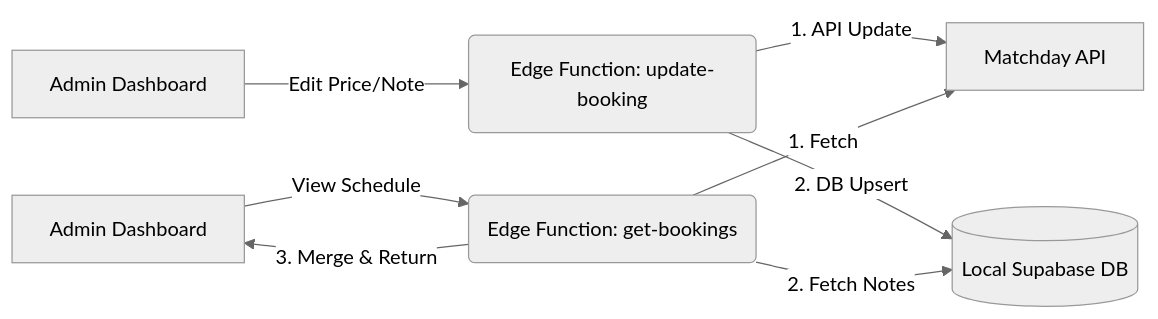
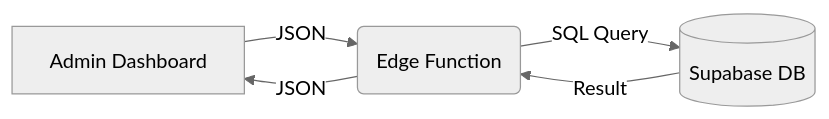
The diagram in ARCHITECTURE.md (tmango-lab/linebotbooking), drawn with Mermaid (neutral theme) before and after one commit. The commit also changed other lines of this file and 49 other files, not shown here.

Commit message:
feat: Implement comprehensive booking management, promo code functionality, and admin dashboard features.

````diff
--- a/ARCHITECTURE.md
+++ b/ARCHITECTURE.md
@@ -795,11 +245,7 @@
 ```mermaid
 graph LR
-    A[Admin Dashboard] -- Edit Price/Note --> B(Edge Function: update-booking)
-    B -- 1. API Update --> C[Matchday API]
-    B -- 2. DB Upsert --> D[(Local Supabase DB)]
-    
-    E[Admin Dashboard] -- View Schedule --> F(Edge Function: get-bookings)
-    F -- 1. Fetch --> C
-    F -- 2. Fetch Notes --> D
-    F -- 3. Merge & Return --> E
+    A[Admin Dashboard] -- JSON --> B(Edge Function)
+    B -- SQL Query --> C[(Supabase DB)]
+    C -- Result --> B
+    B -- JSON --> A
 ```
````
